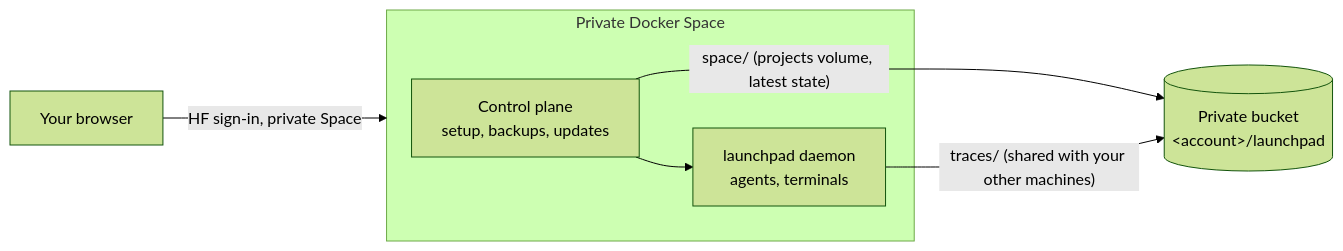
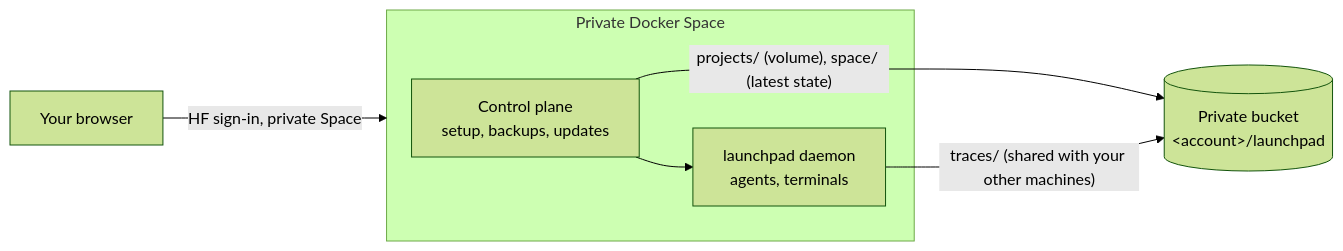
The diagram in docs/hugging-face.md (Wauplin/launchpad), drawn with Mermaid (forest theme) before and after one commit. The commit also changed other lines of this file and 7 other files, not shown here.

Commit message:
Space: mount the projects volume at the bucket root

````diff
--- a/docs/hugging-face.md
+++ b/docs/hugging-face.md
@@ -39,9 +39,9 @@
 ```mermaid
 flowchart LR
     B[Your browser] -->|HF sign-in, private Space| S
     subgraph S[Private Docker Space]
         C["Control plane<br/>setup, backups, updates"] --> L["launchpad daemon<br/>agents, terminals"]
     end
-    C -->|"space/ (projects volume, latest state)"| K[("Private bucket<br/>&lt;account&gt;/launchpad")]
+    C -->|"projects/ (volume), space/ (latest state)"| K[("Private bucket<br/>&lt;account&gt;/launchpad")]
     L -->|"traces/ (shared with your other machines)"| K
 ```
````
